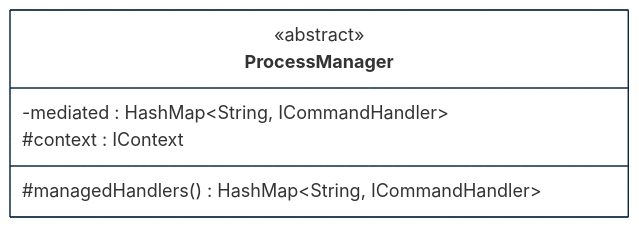
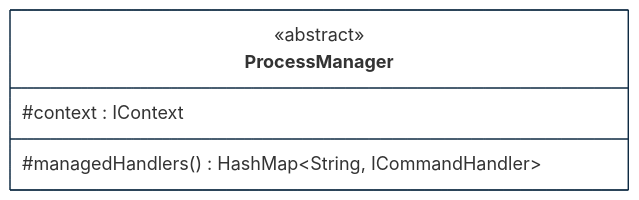
The third of 3 diagrams in implementations-line/framework/domain/designview-structure-models.md (cybnity/foundation), drawn with Mermaid before and after one commit.

````diff
--- a/implementations-line/framework/domain/designview-structure-models.md
+++ b/implementations-line/framework/domain/designview-structure-models.md
@@ -164,28 +165,28 @@
 ```mermaid
 %%{
   init: {
     'theme': 'base',
     'themeVariables': {
         'background': '#ffffff',
         'fontFamily': 'arial',
         'fontSize': '18px',
         'primaryColor': '#fff',
         'primaryBorderColor': '#0e2a43',
         'secondaryBorderColor': '#0e2a43',
         'tertiaryBorderColor': '#0e2a43',
         'edgeLabelBackground':'#0e2a43',
         'lineColor': '#0e2a43',
         'tertiaryColor': '#fff'
     }
   }
 }%%
 classDiagram
     class ProcessManager {
         <<abstract>>
-        -mediated : HashMap~String, ICommandHandler~
+
         #context : IContext
         #managedHandlers() HashMap~String, ICommandHandler~
     }
 
 
 ```
````
